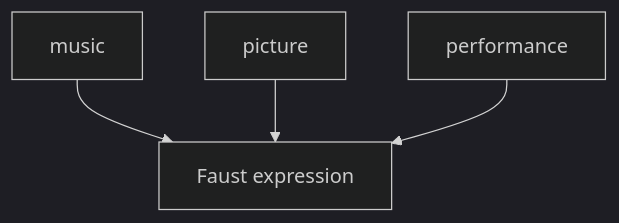
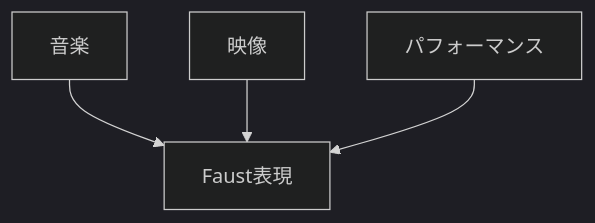
Before and after one commit to monumental-movement/monumental-movement.github.io: the third of 6 diagrams in en/_posts/2026-05-24-column-faust.md, drawn with Mermaid (dark theme). The commit also changed other lines of this file and 2196 other files, not shown here.

```diff
--- a/en/_posts/2026-05-24-column-faust.md
+++ b/en/_posts/2026-05-24-column-faust.md
@@ -181,6 +180,6 @@
 <div class="mermaid">
 graph TD
-A[music] --> D[Faust expression]
-B[picture] --> D
-C[performance] --> D
+A[音楽] --> D[Faust表現]
+B[映像] --> D
+C[パフォーマンス] --> D
 </div>
```
